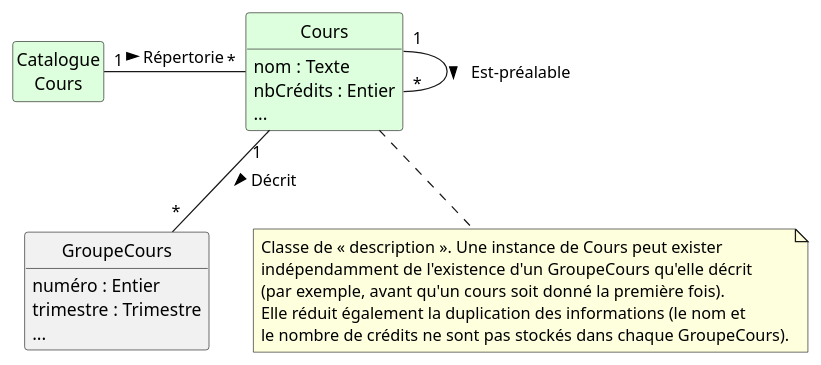
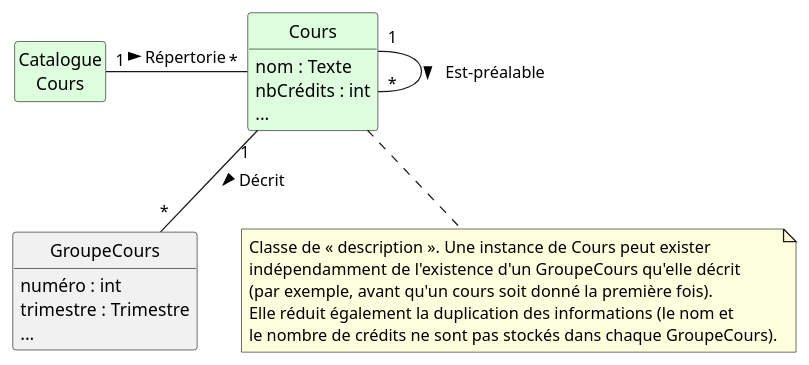
The second of 4 diagrams in MDD.qmd (fuhrmanator/log210-ndc-quarto), drawn with PlantUML before and after one commit. The commit also changed other lines of this file and 1 other file, not shown here.

````diff
--- a/MDD.qmd
+++ b/MDD.qmd
@@ -206,31 +212,31 @@
-```{.plantuml #fig-MDD-CoursGroupeCoursDescription caption="Cours joue le rôle de description d'entités (les groupes-cours)."}
+```{.plantuml #fig-MDD-CoursGroupeCoursDescription caption="La classe Cours joue le rôle de description d'entités (les groupes-cours)."}
 @startuml
 '!include ecriture.pumlinclude
 skinparam defaultFontName Arial
 skinparam style strictuml
 hide empty members
 scale 1
 hide empty members
 class "GroupeCours" as GC {
-  numéro : Entier
+  numéro : int
   trimestre : Trimestre
   ...
 }
 class "Cours" as C #ddffdd {
   nom : Texte
-  nbCrédits : Entier
+  nbCrédits : int
   ...
 }
 class "Catalogue\nCours" as CP #ddffdd
 C "1" -- "*" GC : Décrit >
 C "1" -- "*" C : Est-préalable >
 CP "1" - "*" C : Répertorie >
 note bottom of C
 Classe de « description ». Une instance de Cours peut exister 
 indépendamment de l'existence d'un GroupeCours qu'elle décrit 
 (par exemple, avant qu'un cours soit donné la première fois).
 Elle réduit également la duplication des informations (le nom et 
 le nombre de crédits ne sont pas stockés dans chaque GroupeCours).
 end note
 @enduml
 ```
````
